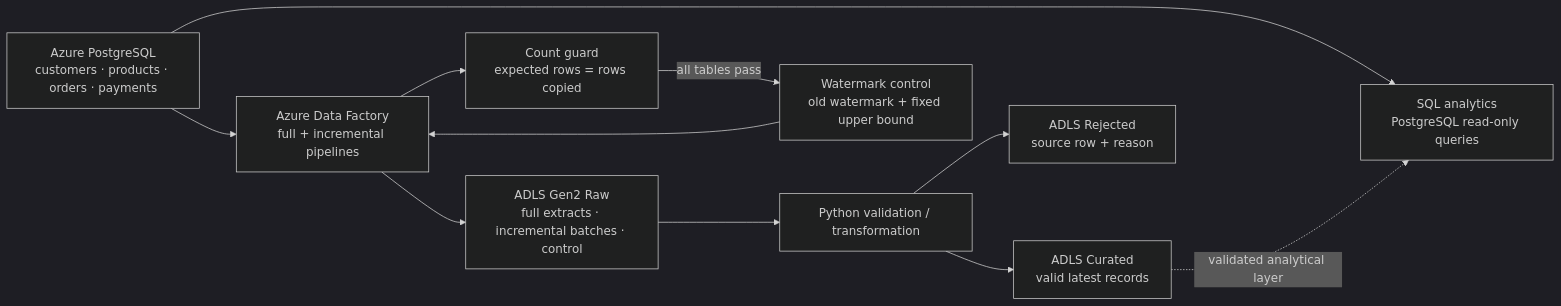
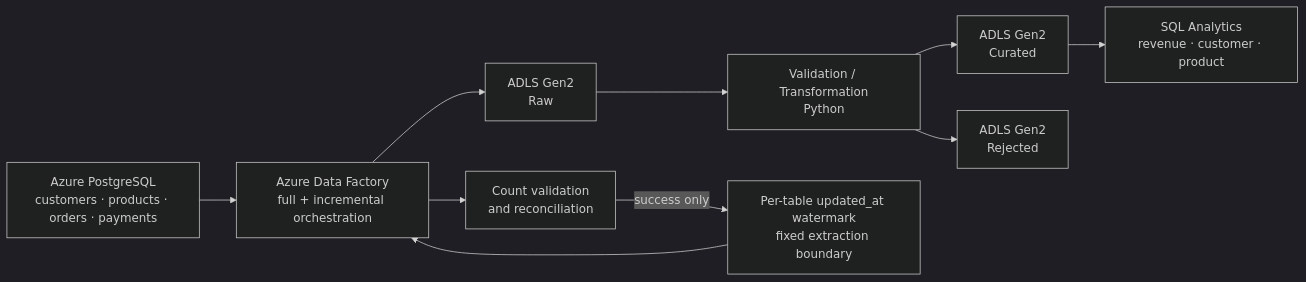
The diagram in README.md (krishna-chandra-dolai/order-to-revenue-data-pipeline), drawn with Mermaid (dark theme) before and after one commit. The commit also changed other lines of this file and 9 other files, not shown here.

````diff
--- a/README.md
+++ b/README.md
@@ -20,20 +15,19 @@
 ```mermaid
 flowchart LR
     PG["Azure PostgreSQL<br/>customers · products · orders · payments"]
-    ADF["Azure Data Factory<br/>full + incremental pipelines"]
-    RAW["ADLS Gen2 Raw<br/>full extracts · incremental batches · control"]
-    VT["Python validation / transformation"]
-    CUR["ADLS Curated<br/>valid latest records"]
-    REJ["ADLS Rejected<br/>source row + reason"]
-    SQL["SQL analytics<br/>PostgreSQL read-only queries"]
-    WM["Watermark control<br/>old watermark + fixed upper bound"]
-    GUARD["Count guard<br/>expected rows = rows copied"]
+    ADF["Azure Data Factory<br/>full + incremental orchestration"]
+    RAW["ADLS Gen2<br/>Raw"]
+    VT["Validation / Transformation<br/>Python"]
+    CUR["ADLS Gen2<br/>Curated"]
+    REJ["ADLS Gen2<br/>Rejected"]
+    SQL["SQL Analytics<br/>revenue · customer · product"]
+    WM["Per-table updated_at watermark<br/>fixed extraction boundary"]
+    CHECK["Count validation<br/>and reconciliation"]
 
     PG --> ADF --> RAW --> VT
-    VT --> CUR
+    VT --> CUR --> SQL
     VT --> REJ
-    PG --> SQL
-    CUR -. "validated analytical layer" .-> SQL
     WM --> ADF
-    ADF --> GUARD -->|all tables pass| WM
+    ADF --> CHECK
+    CHECK -->|success only| WM
 ```
````
